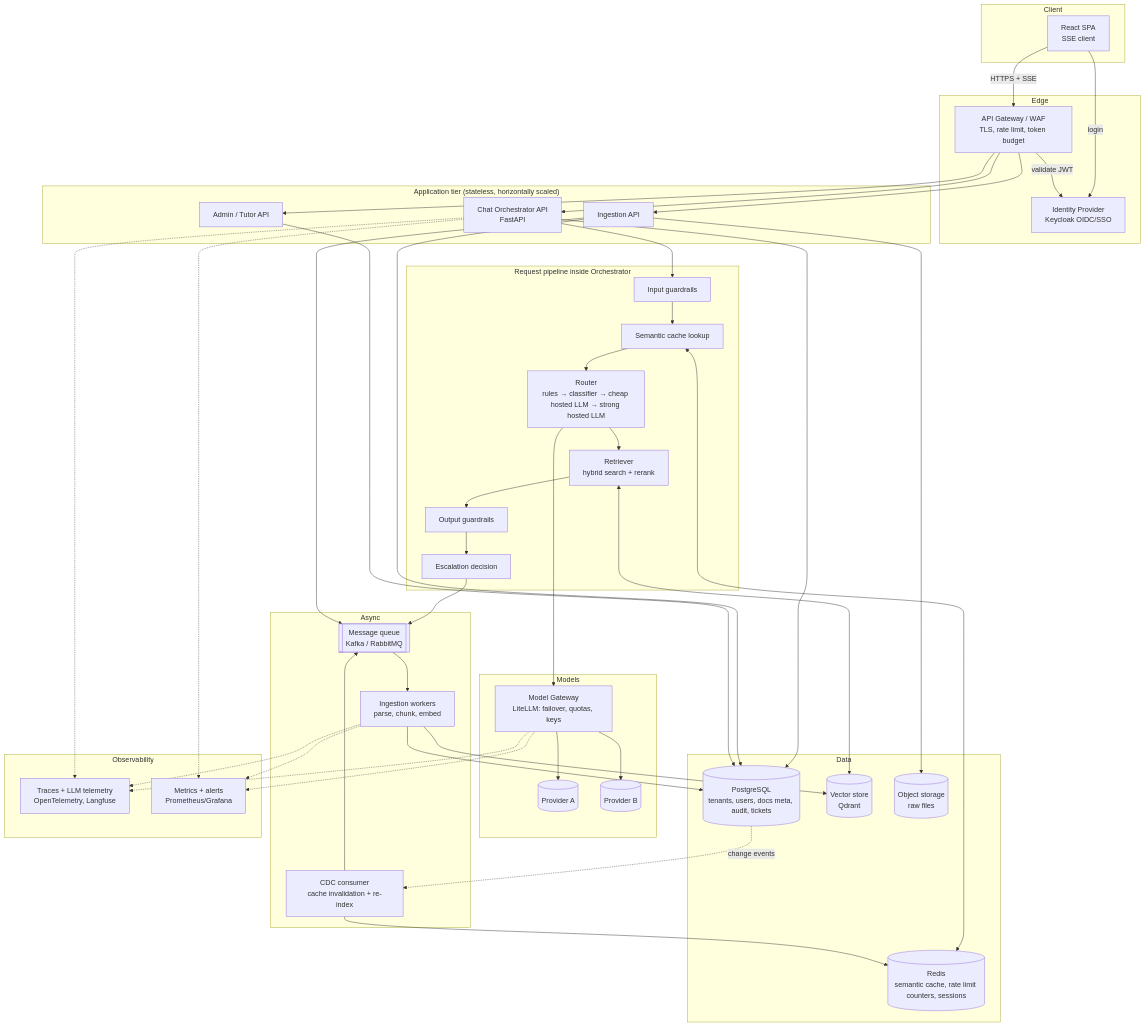
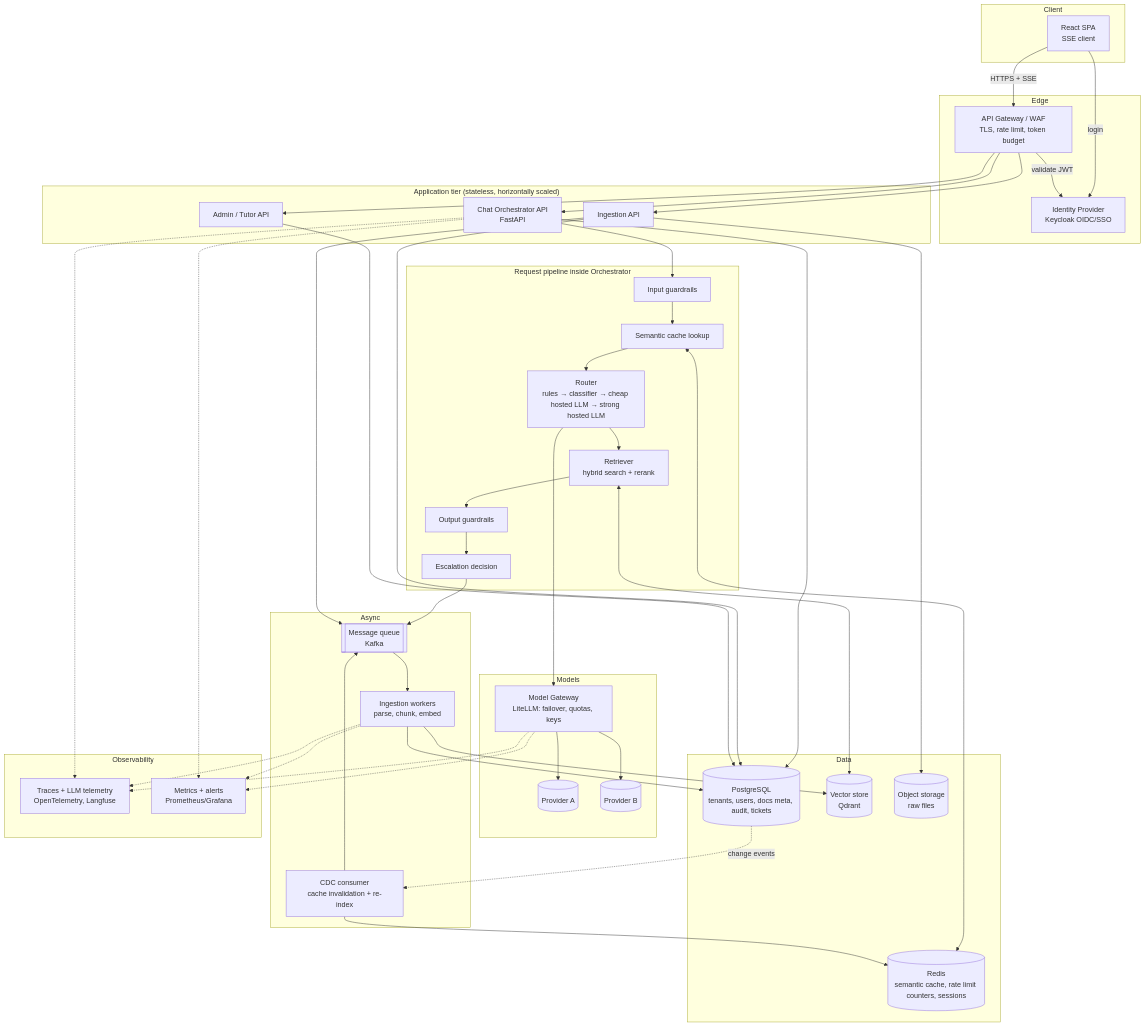
The diagram in docs/01-high-level-design.md (izasahmedldeveloper/ai-labs), drawn with Mermaid before and after one commit. The commit also changed other lines of this file, not shown here.

First line of the commit message:
HLD: choose Kafka as message queue

````diff
--- a/docs/01-high-level-design.md
+++ b/docs/01-high-level-design.md
@@ -16,60 +16,60 @@
 ```mermaid
 flowchart TB
   subgraph Client
     UI[React SPA<br/>SSE client]
   end
   subgraph Edge
     GW[API Gateway / WAF<br/>TLS, rate limit, token budget]
     IDP[Identity Provider<br/>Keycloak OIDC/SSO]
   end
   subgraph App["Application tier (stateless, horizontally scaled)"]
     CHAT[Chat Orchestrator API<br/>FastAPI]
     ING[Ingestion API]
     ADM[Admin / Tutor API]
   end
   subgraph Pipeline["Request pipeline inside Orchestrator"]
     IG[Input guardrails]
     SC[Semantic cache lookup]
     RT[Router<br/>rules → classifier → cheap hosted LLM → strong hosted LLM]
     RAG[Retriever<br/>hybrid search + rerank]
     OG[Output guardrails]
     HITL[Escalation decision]
   end
   subgraph Models
     MG[Model Gateway<br/>LiteLLM: failover, quotas, keys]
     P1[(Provider A)]
     P2[(Provider B)]
   end
   subgraph Async
-    Q[[Message queue<br/>Kafka / RabbitMQ]]
+    Q[[Message queue<br/>Kafka]]
     W[Ingestion workers<br/>parse, chunk, embed]
     CDC[CDC consumer<br/>cache invalidation + re-index]
   end
   subgraph Data
     PG[(PostgreSQL<br/>tenants, users, docs meta, audit, tickets)]
     VS[(Vector store<br/>Qdrant)]
     RC[(Redis<br/>semantic cache, rate limit counters, sessions)]
     OBJ[(Object storage<br/>raw files)]
   end
   subgraph Obs[Observability]
     TR[Traces + LLM telemetry<br/>OpenTelemetry, Langfuse]
     MET[Metrics + alerts<br/>Prometheus/Grafana]
   end
 
   UI -->|HTTPS + SSE| GW --> CHAT
   UI -->|login| IDP
   GW -->|validate JWT| IDP
   GW --> ING & ADM
   CHAT --> IG --> SC --> RT --> RAG --> OG --> HITL
   SC <--> RC
   RAG <--> VS
   RT --> MG --> P1 & P2
   HITL --> Q
   ING --> OBJ
   ING --> Q --> W --> VS
   W --> PG
   PG -. change events .-> CDC --> RC
   CDC --> Q
   CHAT & ING & ADM --> PG
   CHAT & W & MG -.-> TR & MET
 ```
````
